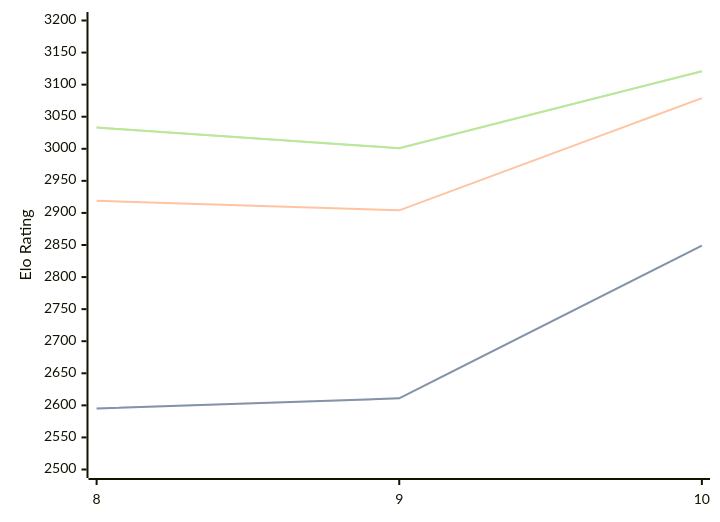
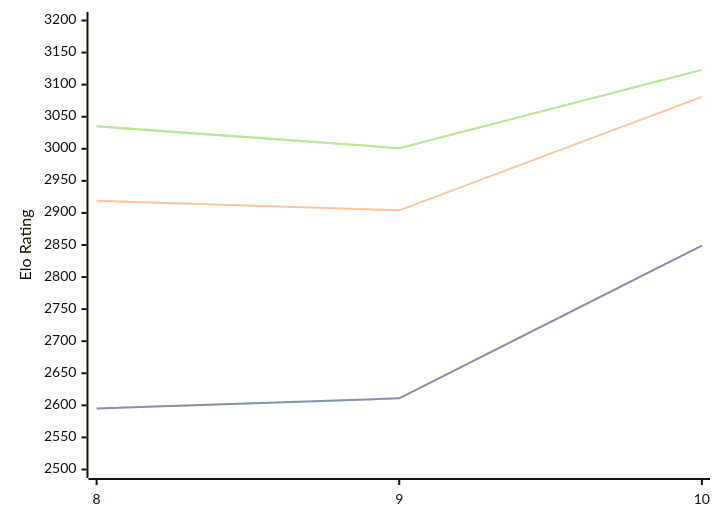
One commit to computer-chess-index/cci changed the diagram in engines/Lozza.md. Above: the diagram before and after it, drawn with Mermaid. The commit also changed other lines of this file, not shown here.

Commit message:
Update CCI Ratings (ELO VLTC) - 2026-09-09

````diff
--- a/engines/Lozza.md
+++ b/engines/Lozza.md
@@ -33,11 +33,11 @@
 ```mermaid
 %%{init: {"theme":"base","themeVariables":{"seriesColors:['#a3a3a3','#222221','#faa371']}}}%%
 xychart-beta
   x-axis ["8", "9", "10"]
   y-axis "Elo Rating" 2500 --> 3200
   line "" [2595, 2611, 2849]
   line "STC (8.0+0.08s)" [2595, 2611, 2849]
-  line "LTC (60.0+0.60s)" [2919, 2904, 3079]
-  line "" [3033, 3001, 3121]
-  line "VLTC (2m24s+1.12s)" [3033, 3001, 3121]
+  line "LTC (60.0+0.60s)" [2919, 2904, 3081]
+  line "" [3035, 3001, 3123]
+  line "VLTC (2m24s+1.12s)" [3035, 3001, 3123]
 ```
````
